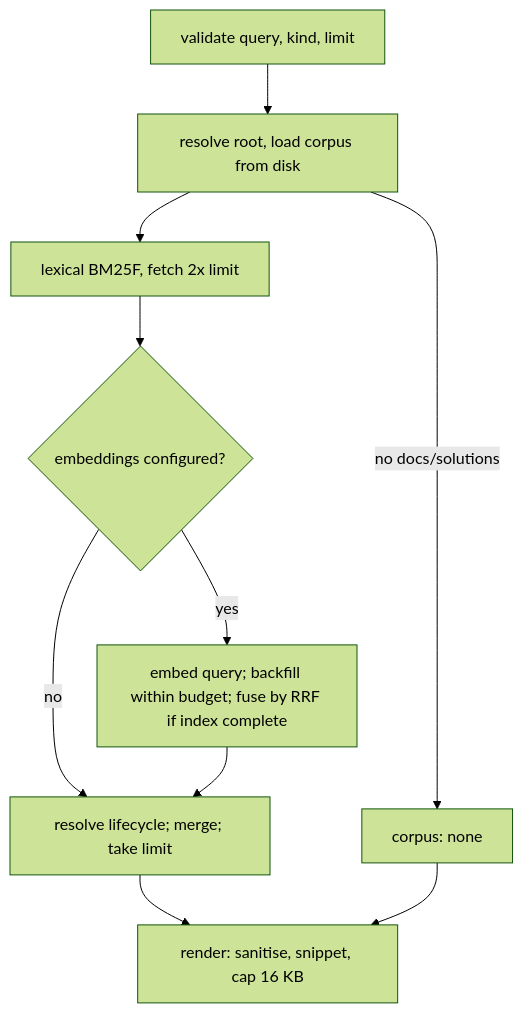
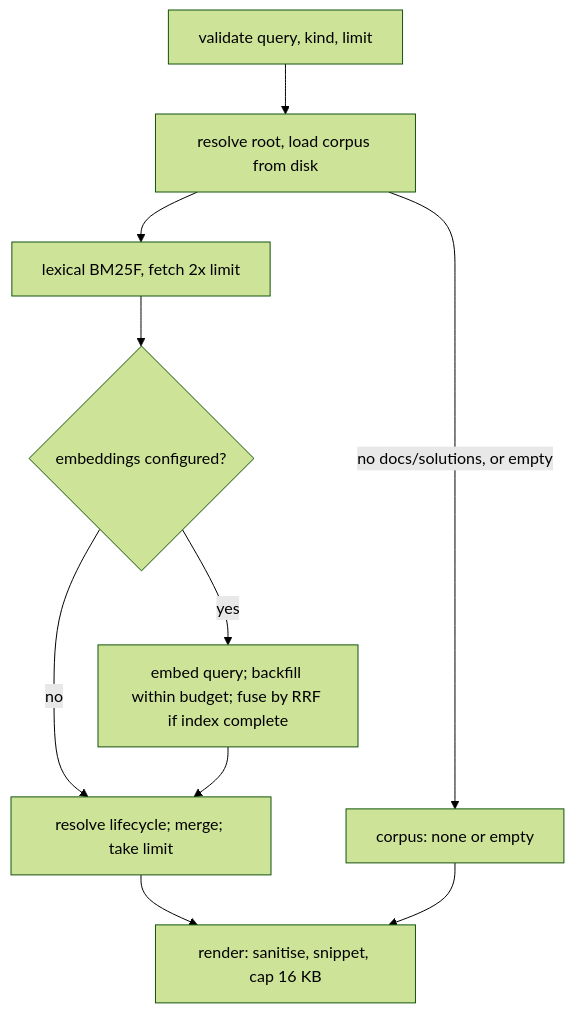
Before and after one commit to marcusrbrown/systematic: the second of 2 diagrams in docs/plans/2026-10-29-001-feat-durable-output-search-plan.md, drawn with Mermaid (forest theme). The commit also changed other lines of this file, not shown here.

````diff
--- a/docs/plans/2026-10-29-001-feat-durable-output-search-plan.md
+++ b/docs/plans/2026-10-29-001-feat-durable-output-search-plan.md
@@ -315,12 +329,12 @@
 ```mermaid
 flowchart TB
   A["validate query, kind, limit"] --> B["resolve root, load corpus from disk"]
-  B -->|no docs/solutions| N["corpus: none"]
+  B -->|no docs/solutions, or empty| N["corpus: none or empty"]
   B --> C["lexical BM25F, fetch 2x limit"]
   C --> D{"embeddings configured?"}
   D -->|no| F
   D -->|yes| E["embed query; backfill within budget; fuse by RRF if index complete"]
   E --> F["resolve lifecycle; merge; take limit"]
   F --> G["render: sanitise, snippet, cap 16 KB"]
   N --> G
 ```
````
